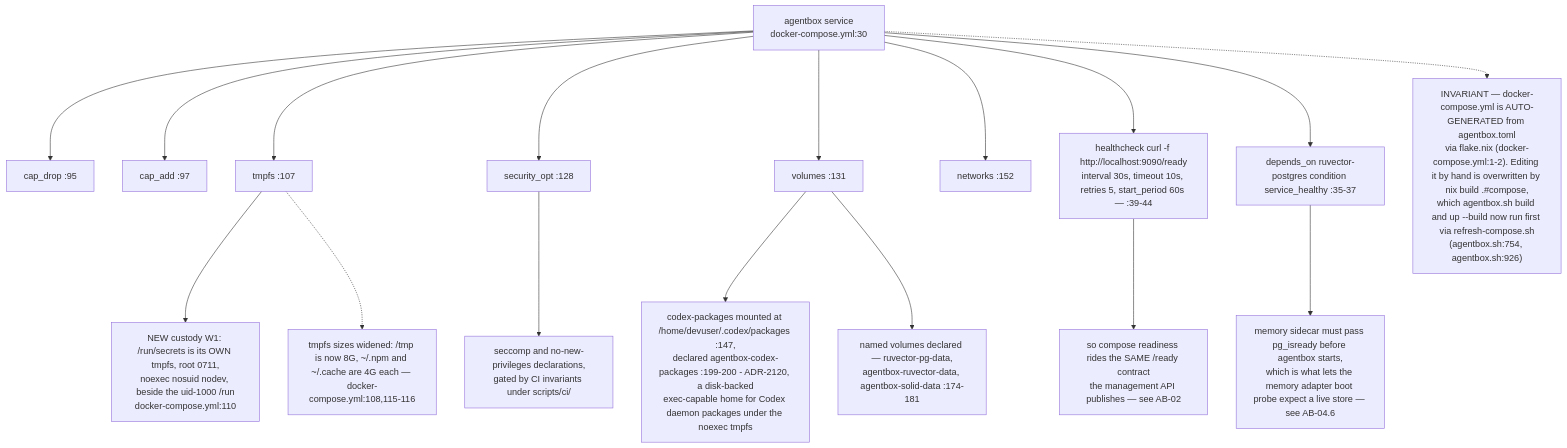
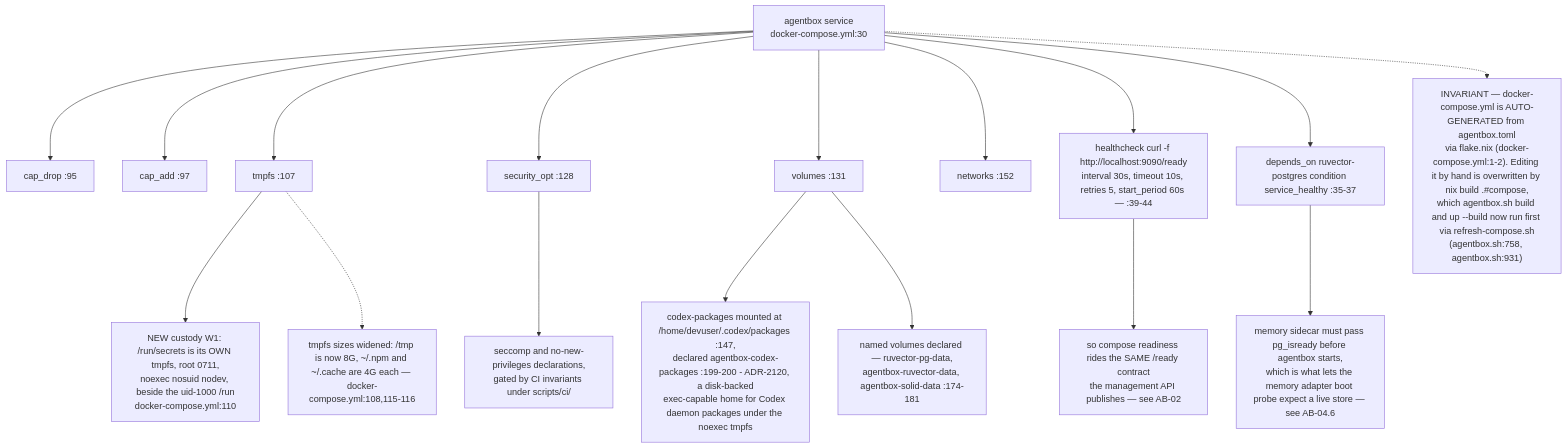
The eighth of 13 diagrams in docs/diagrams/agentbox/06-sidecars-and-compose-overlays.md (DreamLab-AI/VisionFlow), drawn with Mermaid before and after one commit. The commit also changed other lines of this file and 80 other files, not shown here.

First line of the commit message:
docs(diagrams): re-verify the agentbox, dreamlab, estate and visionflow corpus against current sources

````diff
--- a/docs/diagrams/agentbox/06-sidecars-and-compose-overlays.md
+++ b/docs/diagrams/agentbox/06-sidecars-and-compose-overlays.md
@@ -244,19 +244,19 @@
 ```mermaid
 flowchart TD
     AB["agentbox service<br/>docker-compose.yml:30"] --> CD["cap_drop :95"]
     AB --> CA2["cap_add :97"]
     AB --> TM["tmpfs :107"]
     TM --> SEC["NEW custody W1: /run/secrets is its OWN tmpfs, root 0711,<br/>noexec nosuid nodev, beside the uid-1000 /run<br/>docker-compose.yml:110"]
     AB --> SO["security_opt :128"]
     AB --> VOL["volumes :131"]
     AB --> NET["networks :152"]
     SO --> SCC["seccomp and no-new-privileges declarations,<br/>gated by CI invariants under scripts/ci/"]
     VOL --> CXP["codex-packages mounted at /home/devuser/.codex/packages :147,<br/>declared agentbox-codex-packages :199-200 - ADR-2120, a disk-backed<br/>exec-capable home for Codex daemon packages under the noexec tmpfs"]
     VOL --> NV["named volumes declared — ruvector-pg-data,<br/>agentbox-ruvector-data, agentbox-solid-data :174-181"]
     AB --> HC["healthcheck curl -f http://localhost:9090/ready<br/>interval 30s, timeout 10s, retries 5, start_period 60s — :39-44"]
     HC --> RDY["so compose readiness rides the SAME /ready contract<br/>the management API publishes — see AB-02"]
     AB --> DEP["depends_on ruvector-postgres condition service_healthy :35-37"]
     DEP --> ORD["memory sidecar must pass pg_isready before agentbox starts,<br/>which is what lets the memory adapter boot probe expect a live store — see AB-04.6"]
-    AB -.-> GEN["INVARIANT — docker-compose.yml is AUTO-GENERATED from agentbox.toml<br/>via flake.nix (docker-compose.yml:1-2). Editing it by hand is overwritten by nix build .#compose,<br/>which agentbox.sh build and up --build now run first via refresh-compose.sh<br/>(agentbox.sh:754, agentbox.sh:926)"]
+    AB -.-> GEN["INVARIANT — docker-compose.yml is AUTO-GENERATED from agentbox.toml<br/>via flake.nix (docker-compose.yml:1-2). Editing it by hand is overwritten by nix build .#compose,<br/>which agentbox.sh build and up --build now run first via refresh-compose.sh<br/>(agentbox.sh:758, agentbox.sh:931)"]
     TM -.-> TMS["tmpfs sizes widened: /tmp is now 8G, ~/.npm and ~/.cache are 4G each — docker-compose.yml:108,115-116"]
 ```
````
